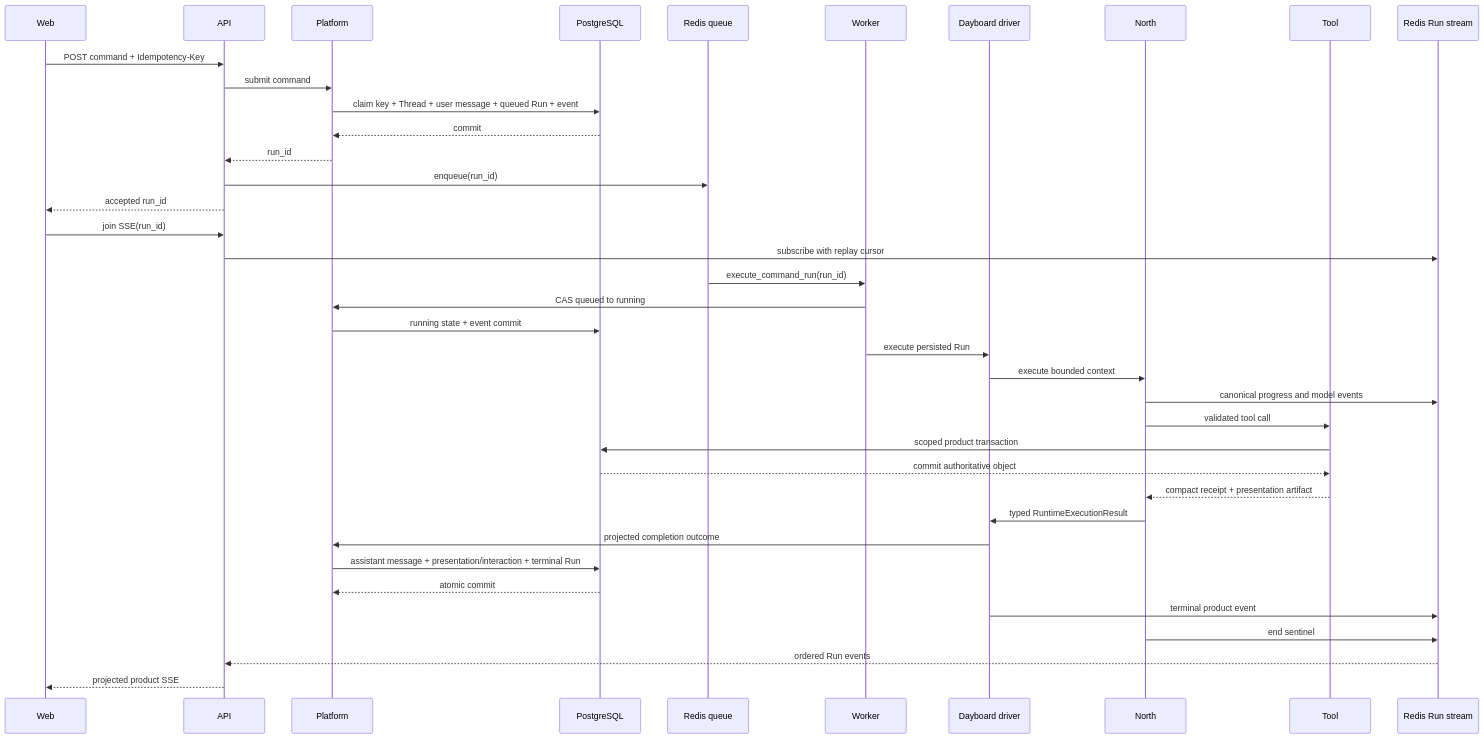
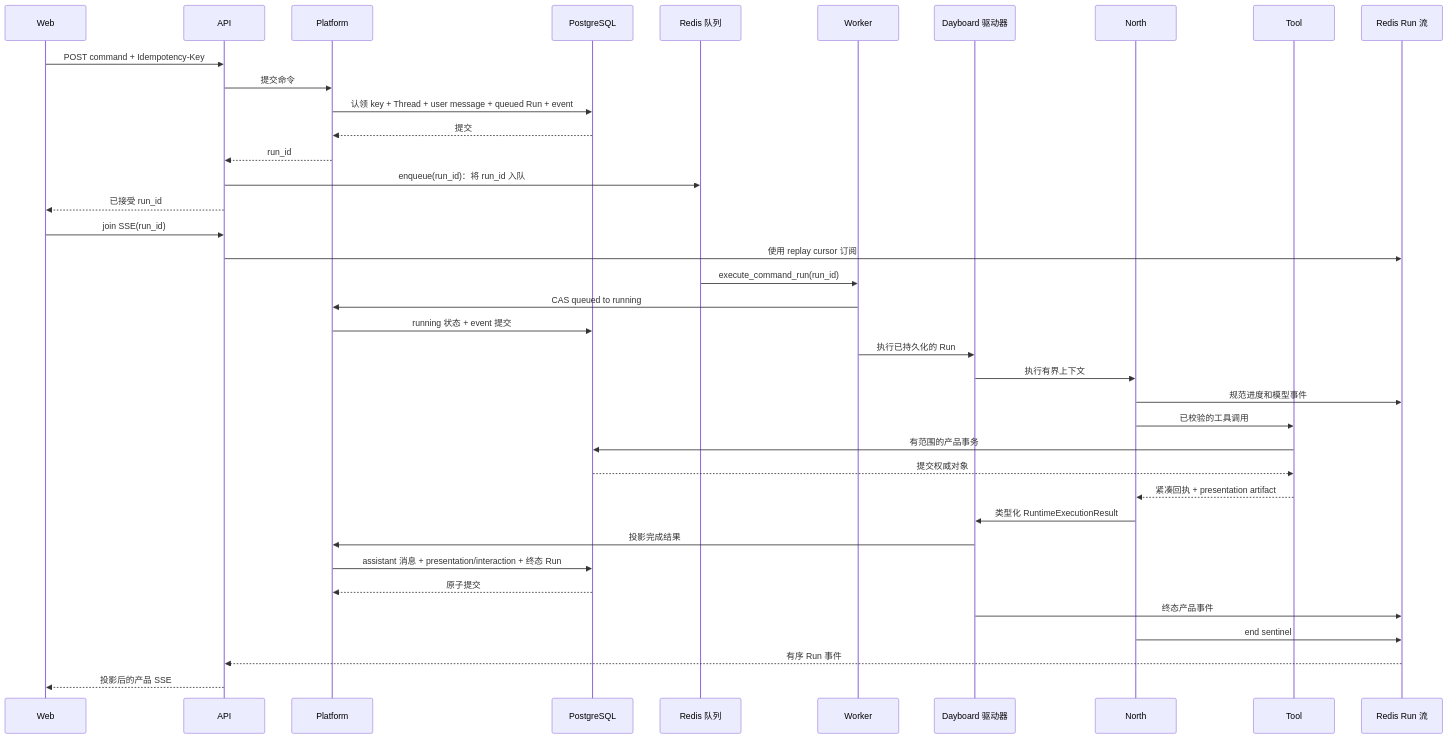
The first of 2 diagrams in docs/current/run-lifecycle.md (Notryag/dayboard), drawn with Mermaid before and after one commit. The commit also changed other lines of this file and 54 other files, not shown here.

````diff
--- a/docs/current/run-lifecycle.md
+++ b/docs/current/run-lifecycle.md
@@ -73,42 +64,42 @@
 ```mermaid
 sequenceDiagram
     participant Web
     participant API
     participant Platform
     participant PG as PostgreSQL
-    participant Queue as Redis queue
+    participant Queue as Redis 队列
     participant Worker
-    participant Driver as Dayboard driver
+    participant Driver as Dayboard 驱动器
     participant North
     participant Tool
-    participant Stream as Redis Run stream
+    participant Stream as Redis Run 流
 
     Web->>API: POST command + Idempotency-Key
-    API->>Platform: submit command
-    Platform->>PG: claim key + Thread + user message + queued Run + event
-    PG-->>Platform: commit
+    API->>Platform: 提交命令
+    Platform->>PG: 认领 key + Thread + user message + queued Run + event
+    PG-->>Platform: 提交
     Platform-->>API: run_id
-    API->>Queue: enqueue(run_id)
-    API-->>Web: accepted run_id
+    API->>Queue: enqueue(run_id)：将 run_id 入队
+    API-->>Web: 已接受 run_id
     Web->>API: join SSE(run_id)
-    API->>Stream: subscribe with replay cursor
+    API->>Stream: 使用 replay cursor 订阅
 
     Queue->>Worker: execute_command_run(run_id)
     Worker->>Platform: CAS queued to running
-    Platform->>PG: running state + event commit
-    Worker->>Driver: execute persisted Run
-    Driver->>North: execute bounded context
-    North->>Stream: canonical progress and model events
-    North->>Tool: validated tool call
-    Tool->>PG: scoped product transaction
-    PG-->>Tool: commit authoritative object
-    Tool-->>North: compact receipt + presentation artifact
-    North->>Driver: typed RuntimeExecutionResult
-    Driver->>Platform: projected completion outcome
-    Platform->>PG: assistant message + presentation/interaction + terminal Run
-    PG-->>Platform: atomic commit
-    Driver->>Stream: terminal product event
+    Platform->>PG: running 状态 + event 提交
+    Worker->>Driver: 执行已持久化的 Run
+    Driver->>North: 执行有界上下文
+    North->>Stream: 规范进度和模型事件
+    North->>Tool: 已校验的工具调用
+    Tool->>PG: 有范围的产品事务
+    PG-->>Tool: 提交权威对象
+    Tool-->>North: 紧凑回执 + presentation artifact
+    North->>Driver: 类型化 RuntimeExecutionResult
+    Driver->>Platform: 投影完成结果
+    Platform->>PG: assistant 消息 + presentation/interaction + 终态 Run
+    PG-->>Platform: 原子提交
+    Driver->>Stream: 终态产品事件
     North->>Stream: end sentinel
-    Stream-->>API: ordered Run events
-    API-->>Web: projected product SSE
+    Stream-->>API: 有序 Run 事件
+    API-->>Web: 投影后的产品 SSE
 ```
````
